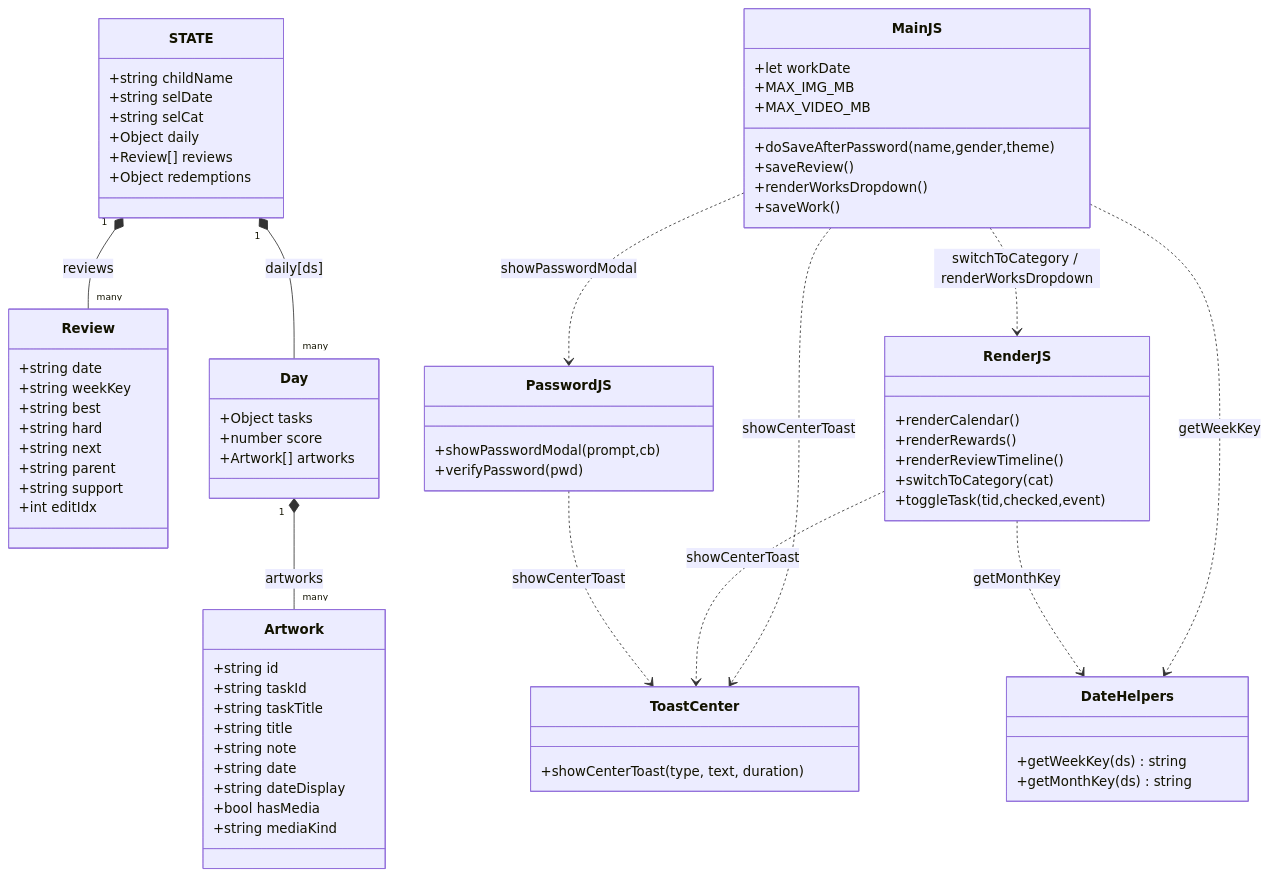
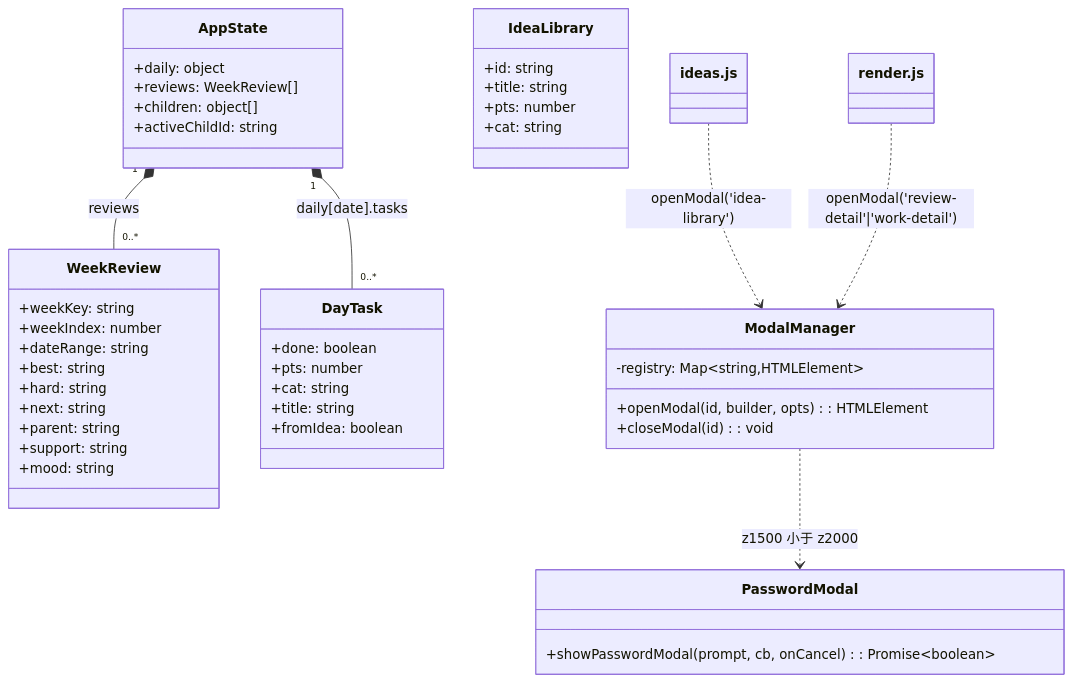
The diagram in docs/class-diagram.mermaid (ljctown-11/growth-bank), drawn with Mermaid before and after one commit. The commit also changed 85 other files, not shown here.

First line of the commit message:
feat: 成长树 tree-garden 精灵图模块 + 心情/运行时功能

```diff
--- a/docs/class-diagram.mermaid
+++ b/docs/class-diagram.mermaid
@@ -1,72 +1,44 @@
 classDiagram
-    class STATE {
-        +string childName
-        +string selDate
-        +string selCat
-        +Object daily
-        +Review[] reviews
-        +Object redemptions
-    }
-    class Review {
-        +string date
-        +string weekKey
-        +string best
-        +string hard
-        +string next
-        +string parent
-        +string support
-        +int editIdx
-    }
-    class Day {
-        +Object tasks
-        +number score
-        +Artwork[] artworks
-    }
-    class Artwork {
-        +string id
-        +string taskId
-        +string taskTitle
-        +string title
-        +string note
-        +string date
-        +string dateDisplay
-        +bool hasMedia
-        +string mediaKind
-    }
-    class ToastCenter {
-        +showCenterToast(type, text, duration)
-    }
-    class DateHelpers {
-        +getWeekKey(ds) string
-        +getMonthKey(ds) string
-    }
-    class MainJS {
-        +doSaveAfterPassword(name,gender,theme)
-        +saveReview()
-        +renderWorksDropdown()
-        +saveWork()
-        +let workDate
-        +MAX_IMG_MB
-        +MAX_VIDEO_MB
-    }
-    class RenderJS {
-        +renderCalendar()
-        +renderRewards()
-        +renderReviewTimeline()
-        +switchToCategory(cat)
-        +toggleTask(tid,checked,event)
-    }
-    class PasswordJS {
-        +showPasswordModal(prompt,cb)
-        +verifyPassword(pwd)
-    }
-    STATE "1" *-- "many" Day : daily[ds]
-    Day "1" *-- "many" Artwork : artworks
-    STATE "1" *-- "many" Review : reviews
-    MainJS ..> ToastCenter : showCenterToast
-    RenderJS ..> ToastCenter : showCenterToast
-    PasswordJS ..> ToastCenter : showCenterToast
-    MainJS ..> DateHelpers : getWeekKey
-    RenderJS ..> DateHelpers : getMonthKey
-    MainJS ..> RenderJS : switchToCategory / renderWorksDropdown
-    MainJS ..> PasswordJS : showPasswordModal
+  class AppState {
+    +daily: object
+    +reviews: WeekReview[]
+    +children: object[]
+    +activeChildId: string
+  }
+  class WeekReview {
+    +weekKey: string
+    +weekIndex: number
+    +dateRange: string
+    +best: string
+    +hard: string
+    +next: string
+    +parent: string
+    +support: string
+    +mood: string
+  }
+  class DayTask {
+    +done: boolean
+    +pts: number
+    +cat: string
+    +title: string
+    +fromIdea: boolean
+  }
+  class IdeaLibrary {
+    +id: string
+    +title: string
+    +pts: number
+    +cat: string
+  }
+  class ModalManager {
+    -registry: Map~string,HTMLElement~
+    +openModal(id, builder, opts): HTMLElement
+    +closeModal(id): void
+  }
+  class PasswordModal {
+    +showPasswordModal(prompt, cb, onCancel): Promise~boolean~
+  }
+  AppState "1" *-- "0..*" WeekReview : reviews
+  AppState "1" *-- "0..*" DayTask : daily[date].tasks
+  ModalManager ..> PasswordModal : z1500 小于 z2000
+  ideas.js ..> ModalManager : openModal('idea-library')
+  render.js ..> ModalManager : openModal('review-detail'|'work-detail')
```
